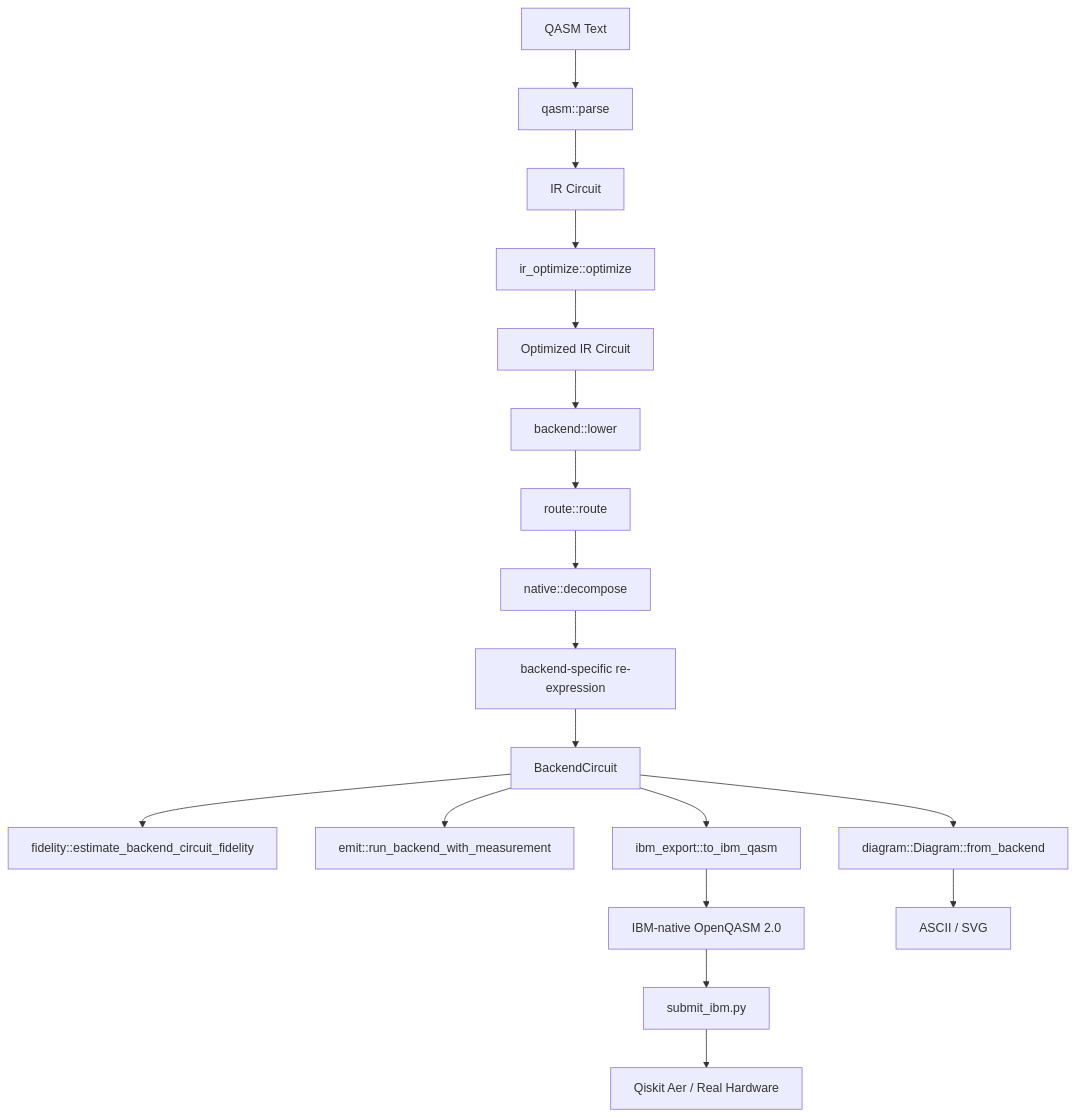
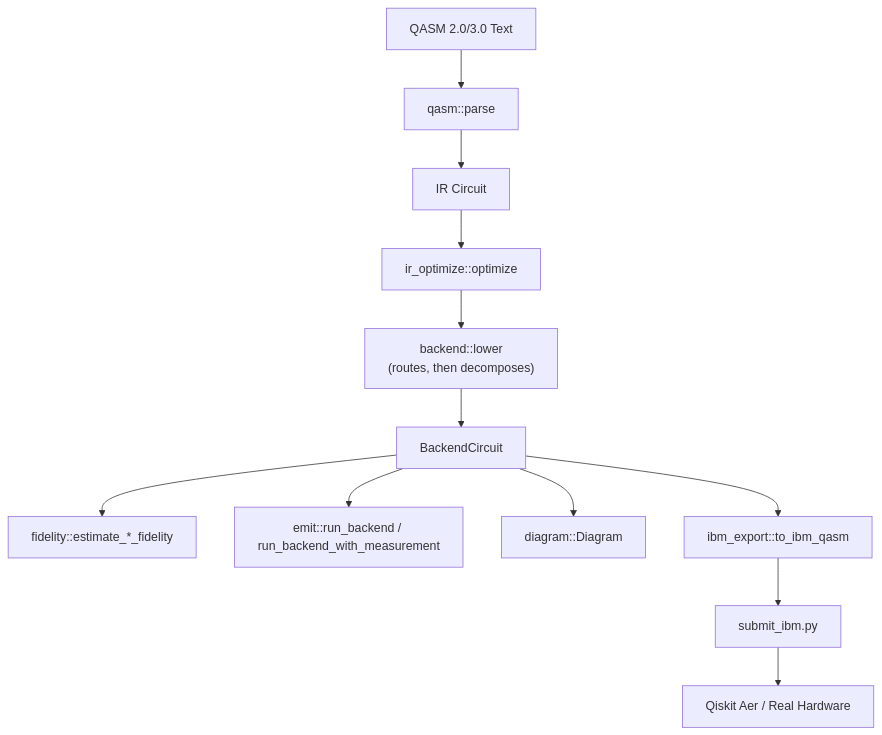
Before and after one commit to sirraya-labs/QuTub-Transpiler: the second of 2 diagrams in README.md, drawn with Mermaid. The commit also changed other lines of this file and 13 other files, not shown here.

````diff
--- a/README.md
+++ b/README.md
@@ -73,24 +111,16 @@
 ```mermaid
 flowchart TD
-    QASM["QASM Text"] --> PARSE["qasm::parse"]
+    QASM["QASM 2.0/3.0 Text"] --> PARSE["qasm::parse"]
     PARSE --> IR["IR Circuit"]
     IR --> OPT["ir_optimize::optimize"]
-    OPT --> OPTIR["Optimized IR Circuit"]
-    OPTIR --> LOWER["backend::lower"]
-    
-    LOWER --> ROUTE["route::route"]
-    ROUTE --> NATIVE["native::decompose"]
-    NATIVE --> RE["backend-specific re-expression"]
-    RE --> BC["BackendCircuit"]
-    
-    BC --> FID["fidelity::estimate_backend_circuit_fidelity"]
-    BC --> EXEC["emit::run_backend_with_measurement"]
-    BC --> DIAG["diagram::Diagram::from_backend"]
+    OPT --> LOWER["backend::lower<br/>(routes, then decomposes)"]
+    LOWER --> BC["BackendCircuit"]
+
+    BC --> FID["fidelity::estimate_*_fidelity"]
+    BC --> EXEC["emit::run_backend / run_backend_with_measurement"]
+    BC --> DIAG["diagram::Diagram"]
     BC --> IBM["ibm_export::to_ibm_qasm"]
-    
-    IBM --> QASM_OUT["IBM-native OpenQASM 2.0"]
-    QASM_OUT --> SUBMIT["submit_ibm.py"]
+
+    IBM --> SUBMIT["submit_ibm.py"]
     SUBMIT --> QISKIT["Qiskit Aer / Real Hardware"]
-    
-    DIAG --> ASCII["ASCII / SVG"]
 ```
````
